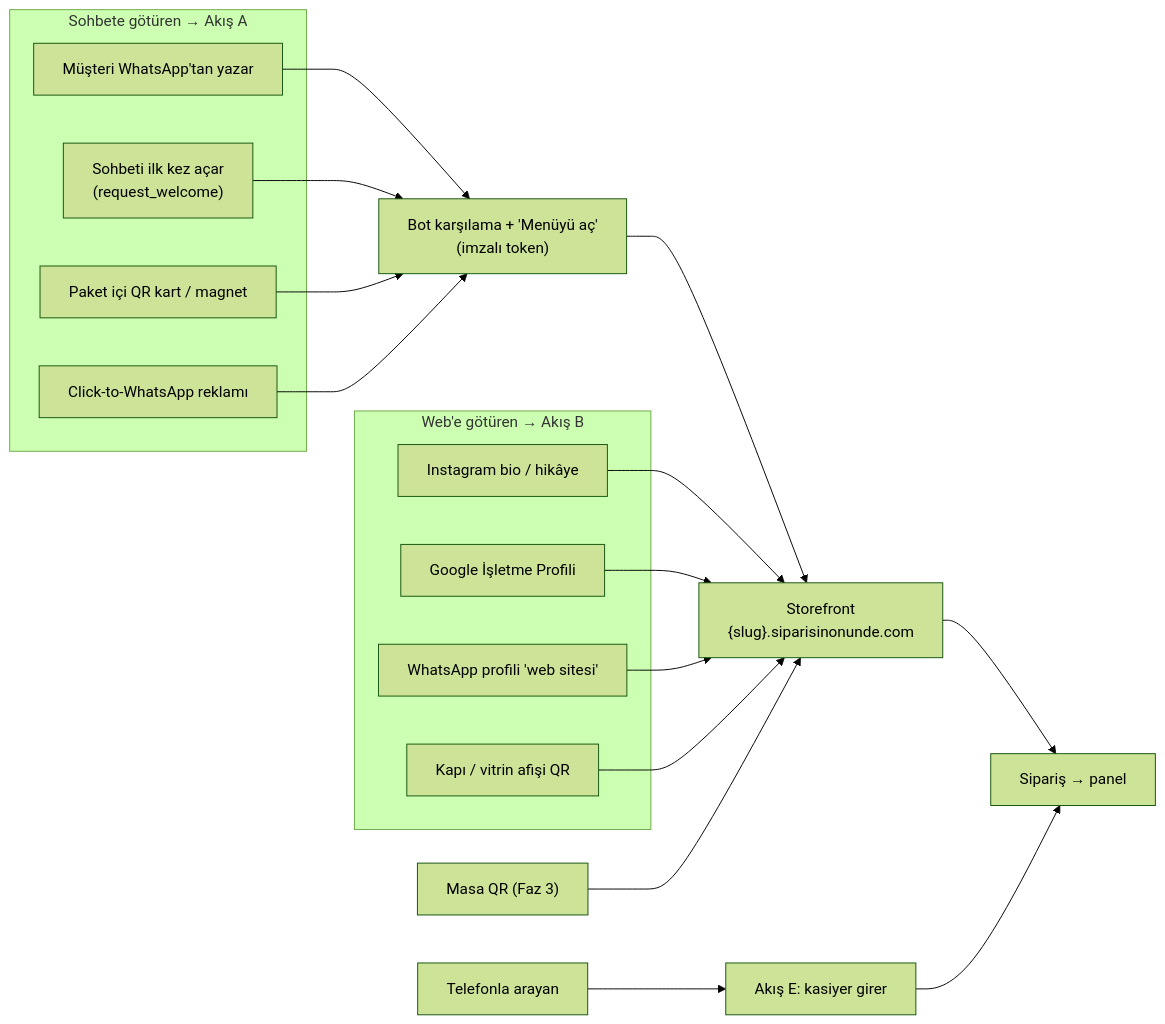
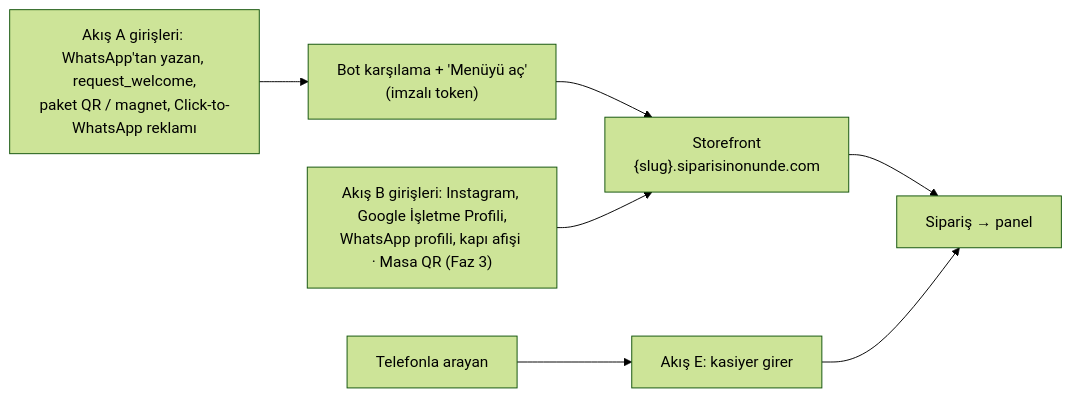
Before and after one commit to eraycaylak/siparisinonunde: the first of 7 diagrams in docs/03-musteri-deneyimi-ve-storefront.md, drawn with Mermaid (forest theme). The commit also changed other lines of this file and 1 other file, not shown here.

````diff
--- a/docs/03-musteri-deneyimi-ve-storefront.md
+++ b/docs/03-musteri-deneyimi-ve-storefront.md
@@ -41,27 +41,7 @@
 ```mermaid
 flowchart LR
-    subgraph SOHBET["Sohbete götüren → Akış A"]
-      G1["Müşteri WhatsApp'tan yazar"]
-      G2["Sohbeti ilk kez açar<br/>(request_welcome)"]
-      G3["Paket içi QR kart / magnet"]
-      G4["Click-to-WhatsApp reklamı"]
-    end
-    subgraph WEB["Web'e götüren → Akış B"]
-      W1["Instagram bio / hikâye"]
-      W2["Google İşletme Profili"]
-      W3["WhatsApp profili 'web sitesi'"]
-      W4["Kapı / vitrin afişi QR"]
-    end
-    G1 --> K["Bot karşılama + 'Menüyü aç'<br/>(imzalı token)"]
-    G2 --> K
-    G3 --> K
-    G4 --> K
-    K --> SF["Storefront<br/>{slug}.siparisinonunde.com"]
-    W1 --> SF
-    W2 --> SF
-    W3 --> SF
-    W4 --> SF
-    T["Masa QR (Faz 3)"] --> SF
+    A["Akış A girişleri: WhatsApp'tan yazan, request_welcome,<br/>paket QR / magnet, Click-to-WhatsApp reklamı"] --> K["Bot karşılama + 'Menüyü aç'<br/>(imzalı token)"] --> SF["Storefront<br/>{slug}.siparisinonunde.com"]
+    B["Akış B girişleri: Instagram, Google İşletme Profili,<br/>WhatsApp profili, kapı afişi · Masa QR (Faz 3)"] --> SF
     SF --> O["Sipariş → panel"]
-    TEL["Telefonla arayan"] --> E["Akış E: kasiyer girer"] --> O
+    T["Telefonla arayan"] --> E["Akış E: kasiyer girer"] --> O
 ```
````
